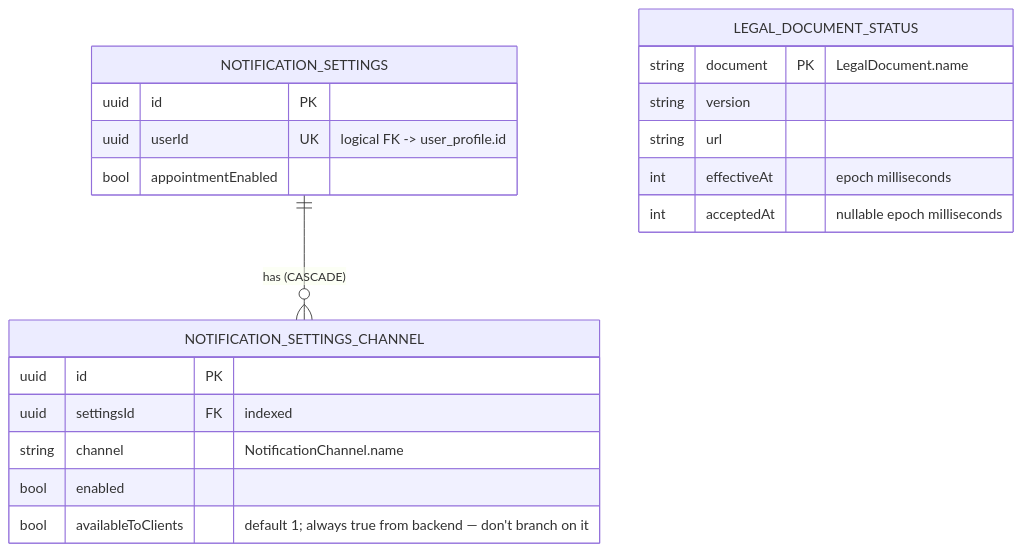
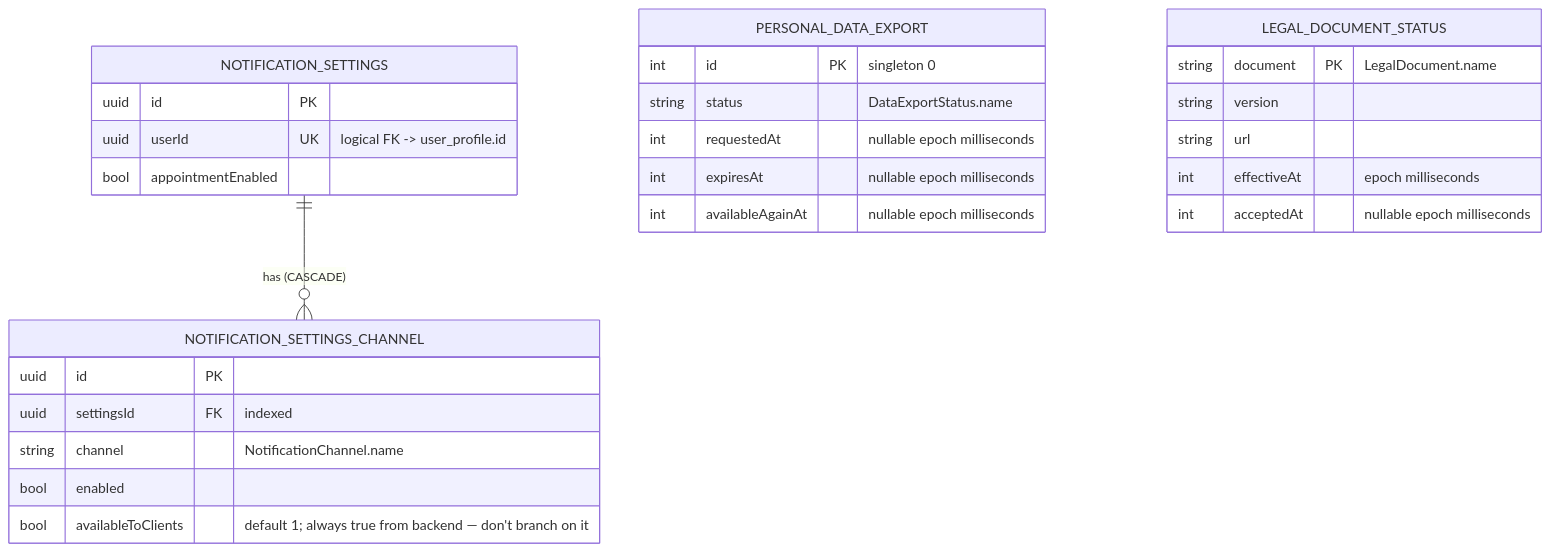
One commit to nocturneproperties/bookkme-client changed the diagram in docs/database/settings.md. Above: the diagram before and after it, drawn with Mermaid. The commit also changed other lines of this file and 85 other files, not shown here.

Commit message:
[ISSUE-132] personal data export

````diff
--- a/docs/database/settings.md
+++ b/docs/database/settings.md
@@ -19,26 +19,34 @@
 ```mermaid
 erDiagram
     NOTIFICATION_SETTINGS ||--o{ NOTIFICATION_SETTINGS_CHANNEL : "has (CASCADE)"
+
+    PERSONAL_DATA_EXPORT {
+        int id PK "singleton 0"
+        string status "DataExportStatus.name"
+        int requestedAt "nullable epoch milliseconds"
+        int expiresAt "nullable epoch milliseconds"
+        int availableAgainAt "nullable epoch milliseconds"
+    }
 
     LEGAL_DOCUMENT_STATUS {
         string document PK "LegalDocument.name"
         string version
         string url
         int effectiveAt "epoch milliseconds"
         int acceptedAt "nullable epoch milliseconds"
     }
 
     NOTIFICATION_SETTINGS {
         uuid id PK
         uuid userId UK "logical FK -> user_profile.id"
         bool appointmentEnabled
     }
 
     NOTIFICATION_SETTINGS_CHANNEL {
         uuid id PK
         uuid settingsId FK "indexed"
         string channel "NotificationChannel.name"
         bool enabled
         bool availableToClients "default 1; always true from backend — don't branch on it"
     }
 ```
````
